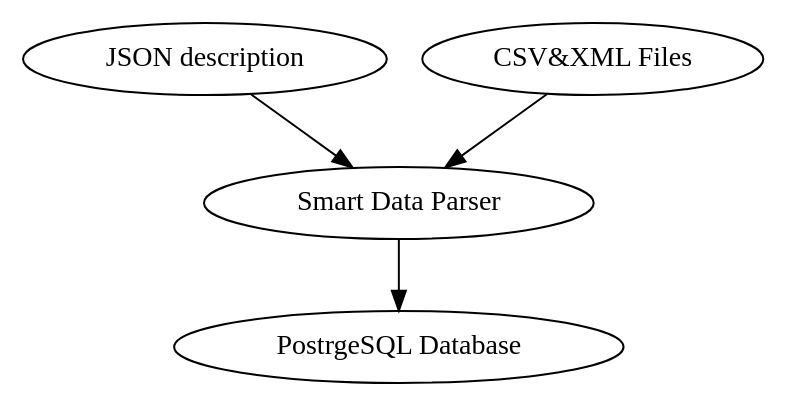
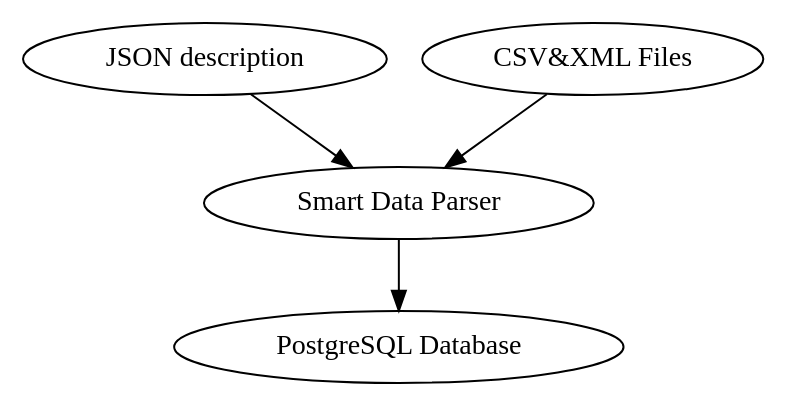
The diagram in AYSS-2022/presentation/image/schema_1.dot (Zelenyy/scientific-papers), drawn with Graphviz before and after one commit. The commit also changed 5 other files, not shown here.

```diff
--- a/AYSS-2022/presentation/image/schema_1.dot
+++ b/AYSS-2022/presentation/image/schema_1.dot
@@ -1,8 +1,8 @@
 digraph schema_1{
-	A[label="PostrgeSQL Database"]
+	A[label="PostgreSQL Database"]
 	B[label="Smart Data Parser"]
 	C[label="JSON description"]
 	D[label="CSV&XML Files"]
 	D -> B -> A
 	C -> B
 }
```
